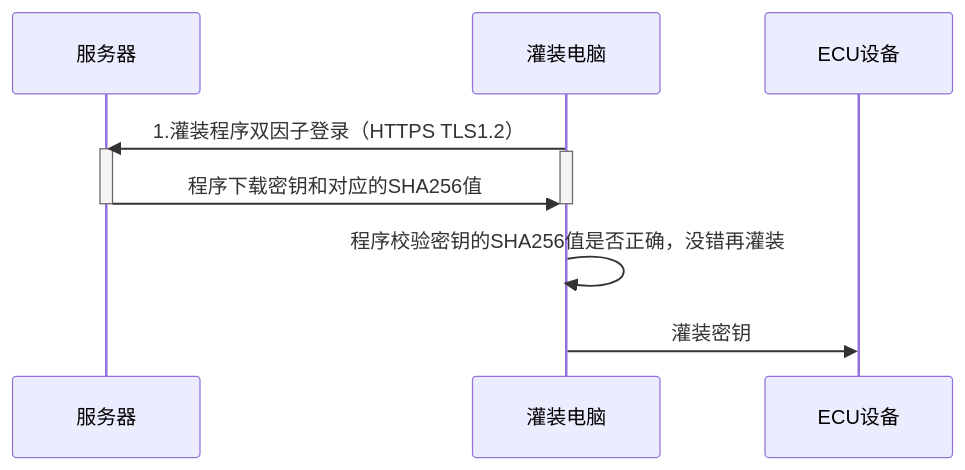
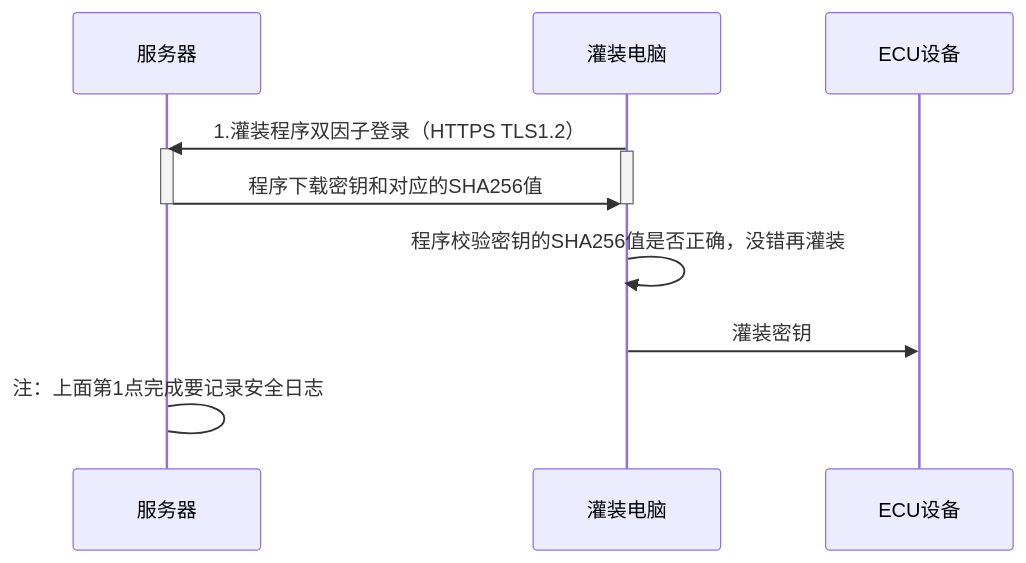
Before and after one commit to facebook-cloud/iodraw-files: the diagram in all/未命名-23.md, drawn with Mermaid.

Commit message:
2026-04-15 17:11:49 update

````diff
--- a/all/未命名-23.md
+++ b/all/未命名-23.md
@@ -1,19 +1,20 @@
 ```mermaid
 sequenceDiagram
   
     participant B as 服务器
     participant D as 灌装电脑
     participant E as ECU设备
 
     D->>B: 1.灌装程序双因子登录（HTTPS TLS1.2）
     activate B
     activate D
     B->>D: 程序下载密钥和对应的SHA256值
     deactivate B
     deactivate D
     
-
     D->>D:程序校验密钥的SHA256值是否正确，没错再灌装
     
     D->>E: 灌装密钥
+
+    B->B: 注：上面第1点完成要记录安全日志
 ```
````
